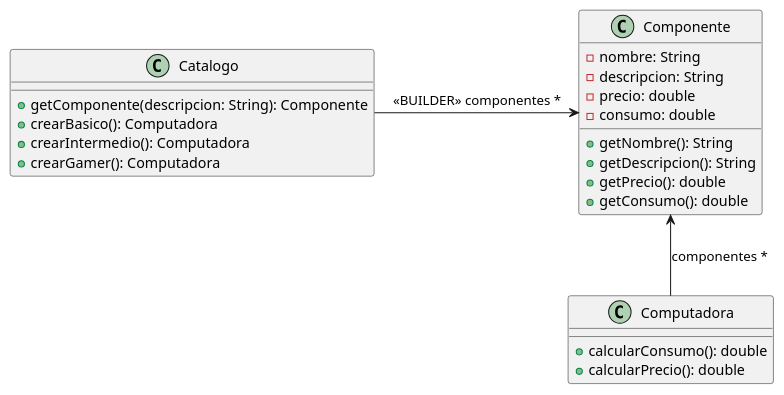
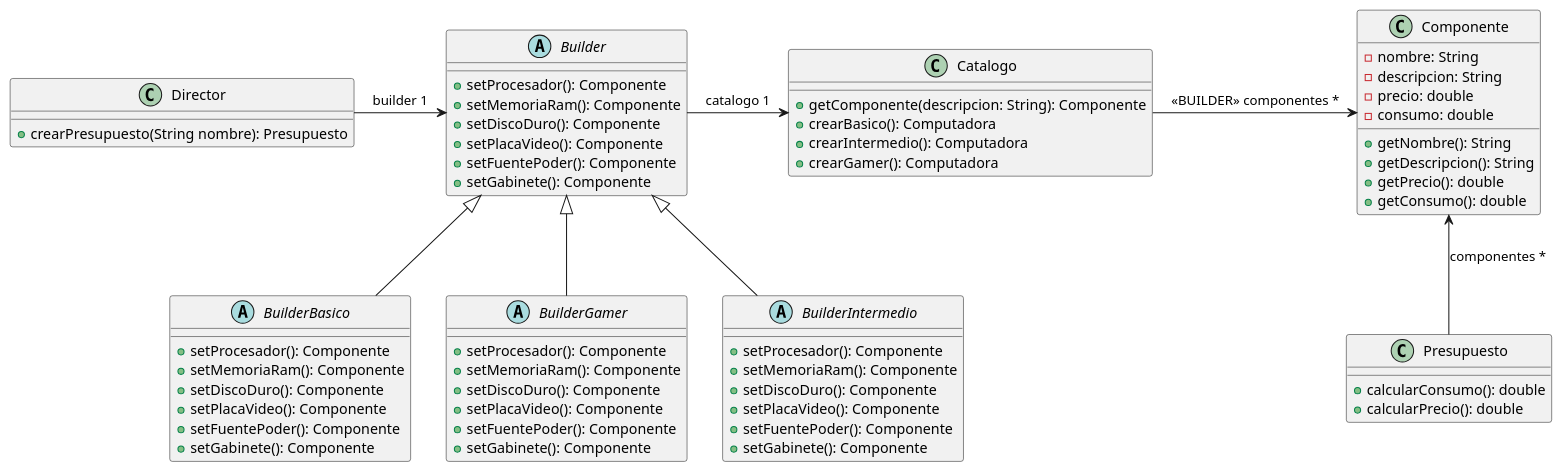
The diagram in patrones-ejercicio15-armado_de_pcs/uml.plantuml (imnotsetro/OO2), drawn with PlantUML before and after one commit. The commit also changed 43 other files, not shown here.

```diff
--- a/patrones-ejercicio15-armado_de_pcs/uml.plantuml
+++ b/patrones-ejercicio15-armado_de_pcs/uml.plantuml
@@ -1,33 +1,75 @@
 @startuml
+
+class Director {
+    +crearPresupuesto(String nombre): Presupuesto
+}
 
 class Catalogo {
 
     +getComponente(descripcion: String): Componente
     +crearBasico(): Computadora
     +crearIntermedio(): Computadora
     +crearGamer(): Computadora
+}
+
+abstract Builder {
+    +setProcesador(): Componente
+    +setMemoriaRam(): Componente
+    +setDiscoDuro(): Componente
+    +setPlacaVideo(): Componente
+    +setFuentePoder(): Componente
+    +setGabinete(): Componente
+}
+
+abstract BuilderBasico extends Builder {
+    +setProcesador(): Componente
+    +setMemoriaRam(): Componente
+    +setDiscoDuro(): Componente
+    +setPlacaVideo(): Componente
+    +setFuentePoder(): Componente
+    +setGabinete(): Componente
+}
+
+abstract BuilderGamer extends Builder {
+    +setProcesador(): Componente
+    +setMemoriaRam(): Componente
+    +setDiscoDuro(): Componente
+    +setPlacaVideo(): Componente
+    +setFuentePoder(): Componente
+    +setGabinete(): Componente
+}
+
+abstract BuilderIntermedio extends Builder {
+    +setProcesador(): Componente
+    +setMemoriaRam(): Componente
+    +setDiscoDuro(): Componente
+    +setPlacaVideo(): Componente
+    +setFuentePoder(): Componente
+    +setGabinete(): Componente
 }
 
 class Componente {
     - nombre: String
     - descripcion: String
     - precio: double
     - consumo: double
 
     +getNombre(): String
     +getDescripcion(): String
     +getPrecio(): double
     +getConsumo(): double
 }
 
-class Computadora {
+class Presupuesto {
 
     +calcularConsumo(): double
     +calcularPrecio(): double
 }
 
 Catalogo -right-> Componente : <<BUILDER>> componentes *
-Computadora -up-> Componente : componentes *
+Builder -right-> Catalogo : catalogo 1
+Presupuesto -up-> Componente : componentes *
+Director -right-> Builder : builder 1
 
 
 @enduml
```
